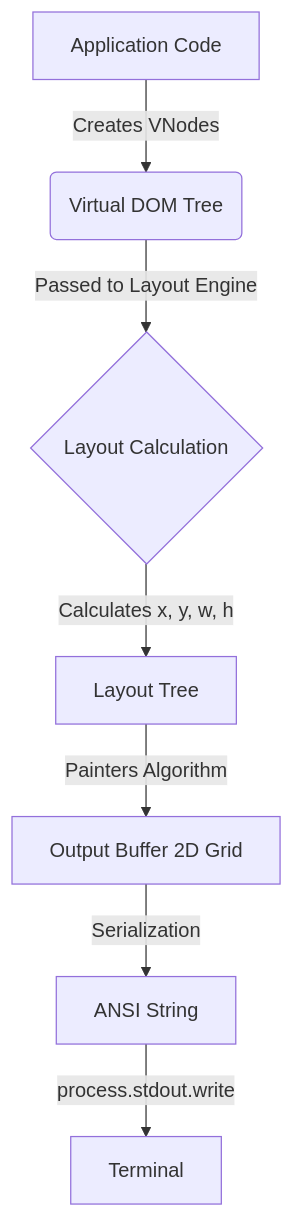
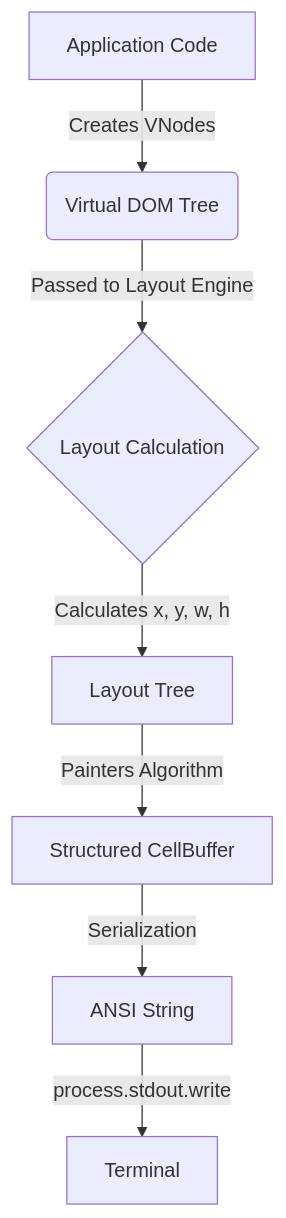
The first of 2 diagrams in docs/core/rendering-architecture.md (forattini-dev/tuiuiu.js), drawn with Mermaid before and after one commit. The commit also changed other lines of this file and 15 other files, not shown here.

Commit message:
refactor: unify renderers on the cell buffer

````diff
--- a/docs/core/rendering-architecture.md
+++ b/docs/core/rendering-architecture.md
@@ -9,9 +9,9 @@
 ```mermaid
 graph TD
     A[Application Code] -->|Creates VNodes| B(Virtual DOM Tree)
     B -->|Passed to Layout Engine| C{Layout Calculation}
     C -->|Calculates x, y, w, h| D[Layout Tree]
-    D -->|Painters Algorithm| E[Output Buffer 2D Grid]
+    D -->|Painters Algorithm| E[Structured CellBuffer]
     E -->|Serialization| F[ANSI String]
     F -->|process.stdout.write| G[Terminal]
 ```
````
